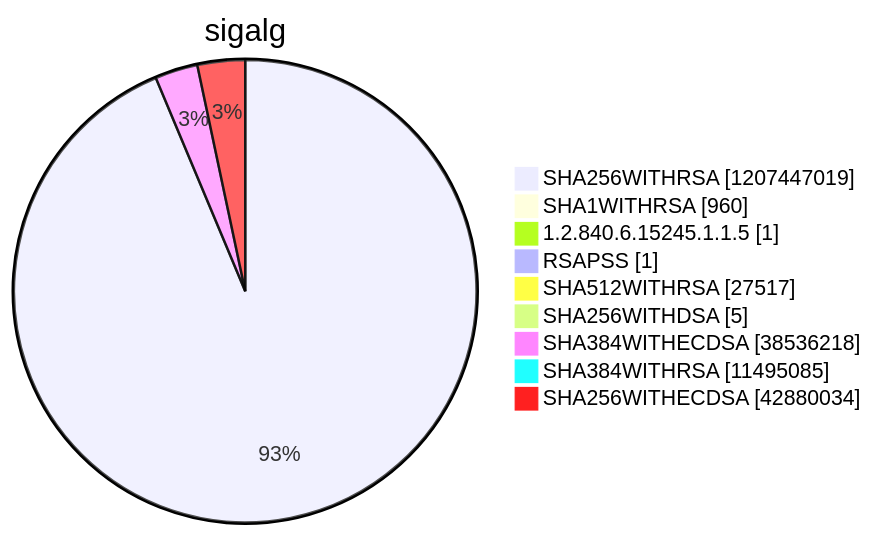
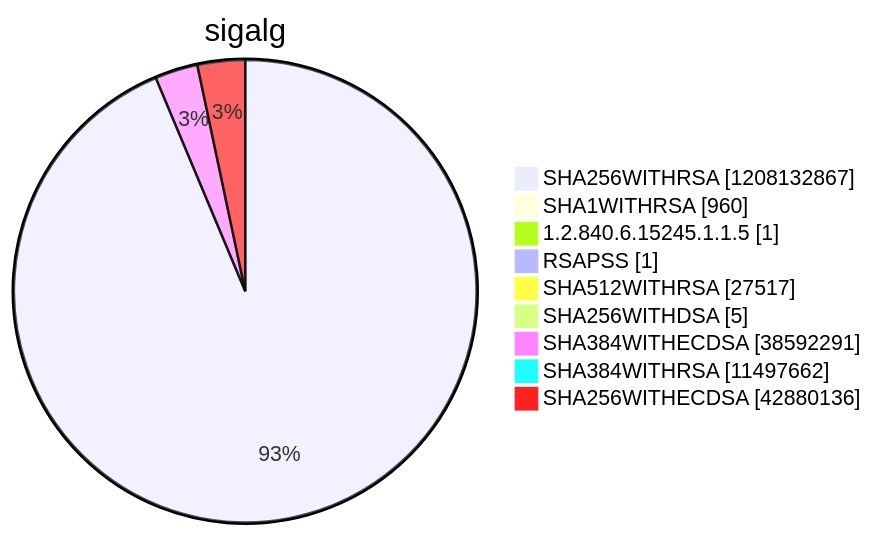
One commit to christiankrug/ctmonitor_visualization changed diagram 15 of 15 in argon2022/README.md. Above: the diagram before and after it, drawn with Mermaid. The commit also changed other lines of this file, not shown here.

````diff
--- a/argon2022/README.md
+++ b/argon2022/README.md
@@ -5520,13 +5520,13 @@
 ```mermaid
 pie showData
 title sigalg
-"SHA256WITHRSA" :1207447019
+"SHA256WITHRSA" :1208132867
 "SHA1WITHRSA" :960
 "1.2.840.6.15245.1.1.5" :1
 "RSAPSS" :1
 "SHA512WITHRSA" :27517
 "SHA256WITHDSA" :5
-"SHA384WITHECDSA" :38536218
-"SHA384WITHRSA" :11495085
-"SHA256WITHECDSA" :42880034
+"SHA384WITHECDSA" :38592291
+"SHA384WITHRSA" :11497662
+"SHA256WITHECDSA" :42880136
 ```
````
